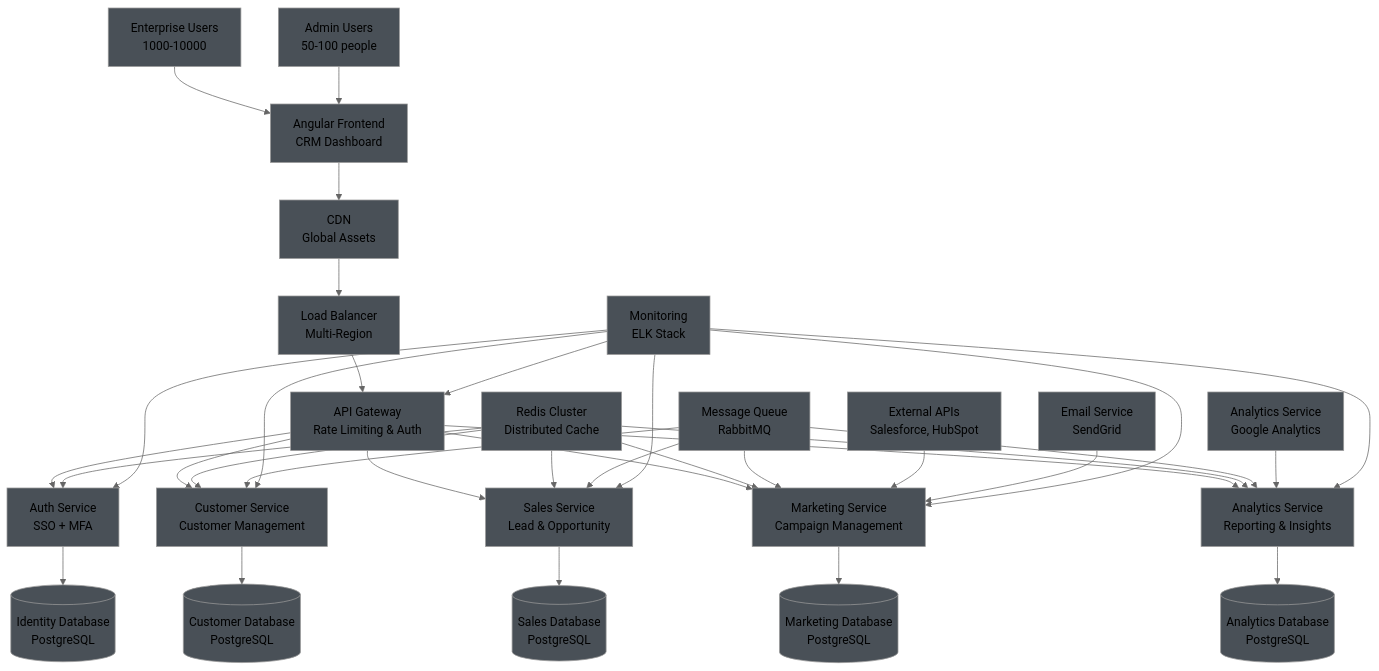
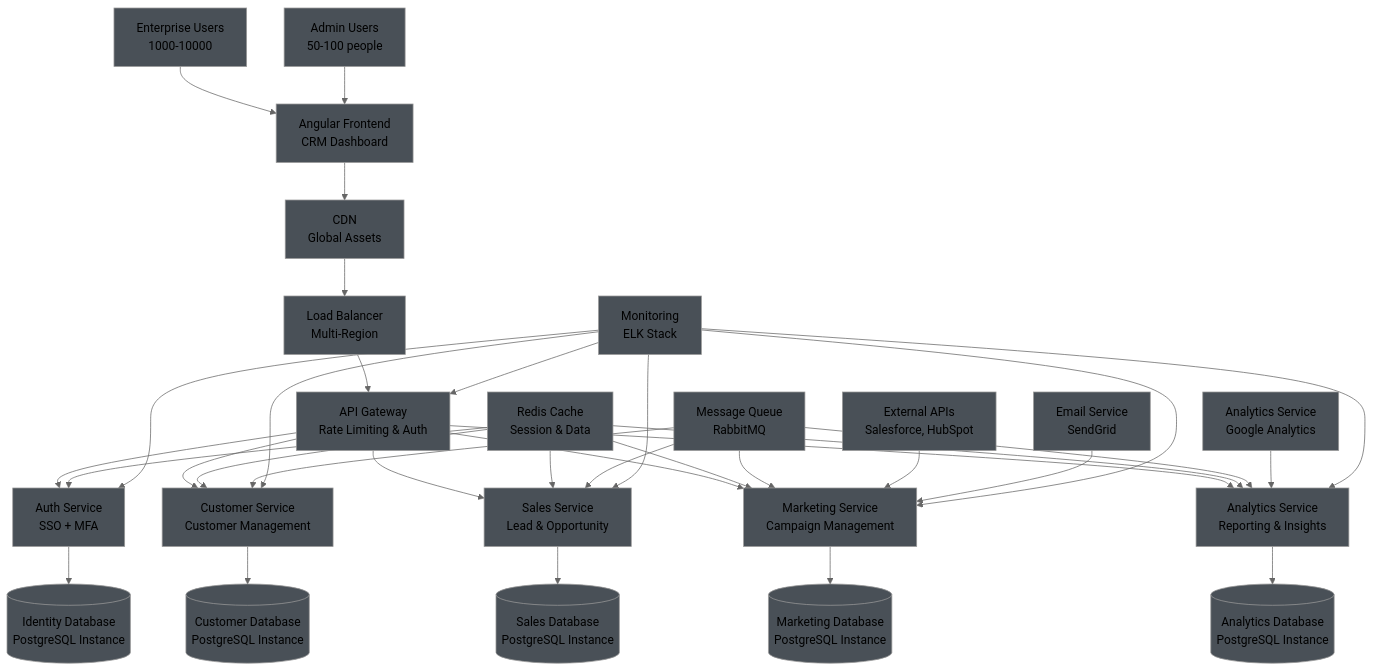
One commit to nayanvithanage/code_20-architecture-practice changed the fourth of 5 diagrams in architecture-by-size-examples.md. Above: the diagram before and after it, drawn with Mermaid (neutral theme). The commit also changed other lines of this file and 3 other files, not shown here.

Commit message:
refactor: update PostgreSQL terminology to enhance clarity across architecture documentation

````diff
--- a/architecture-by-size-examples.md
+++ b/architecture-by-size-examples.md
@@ -136,66 +136,66 @@
 ```mermaid
 graph TD
     A[Angular Frontend<br/>CRM Dashboard] --> B[CDN<br/>Global Assets]
     B --> C[Load Balancer<br/>Multi-Region]
     C --> D[API Gateway<br/>Rate Limiting & Auth]
     
     D --> E[Auth Service<br/>SSO + MFA]
     D --> F[Customer Service<br/>Customer Management]
     D --> G[Sales Service<br/>Lead & Opportunity]
     D --> H[Marketing Service<br/>Campaign Management]
     D --> I[Analytics Service<br/>Reporting & Insights]
     
-    E --> J[(Identity Database<br/>PostgreSQL)]
-    F --> K[(Customer Database<br/>PostgreSQL)]
-    G --> L[(Sales Database<br/>PostgreSQL)]
-    H --> M[(Marketing Database<br/>PostgreSQL)]
-    I --> N[(Analytics Database<br/>PostgreSQL)]
+    E --> J[(Identity Database<br/>PostgreSQL Instance)]
+    F --> K[(Customer Database<br/>PostgreSQL Instance)]
+    G --> L[(Sales Database<br/>PostgreSQL Instance)]
+    H --> M[(Marketing Database<br/>PostgreSQL Instance)]
+    I --> N[(Analytics Database<br/>PostgreSQL Instance)]
     
-    O[Redis Cluster<br/>Distributed Cache] --> E
+    O[Redis Cache<br/>Session & Data] --> E
     O --> F
     O --> G
     O --> H
     O --> I
     
     P[Message Queue<br/>RabbitMQ] --> F
     P --> G
     P --> H
     P --> I
     
     Q[External APIs<br/>Salesforce, HubSpot] --> H
     R[Email Service<br/>SendGrid] --> H
     S[Analytics Service<br/>Google Analytics] --> I
     
     T[Monitoring<br/>ELK Stack] --> D
     T --> E
     T --> F
     T --> G
     T --> H
     T --> I
     
     U[Enterprise Users<br/>1000-10000] --> A
     V[Admin Users<br/>50-100 people] --> A
     
     style A fill:#495057
     style B fill:#495057
     style C fill:#495057
     style D fill:#495057
     style E fill:#495057
     style F fill:#495057
     style G fill:#495057
     style H fill:#495057
     style I fill:#495057
     style J fill:#495057
     style K fill:#495057
     style L fill:#495057
     style M fill:#495057
     style N fill:#495057
     style O fill:#495057
     style P fill:#495057
     style Q fill:#495057
     style R fill:#495057
     style S fill:#495057
     style T fill:#495057
     style U fill:#495057
     style V fill:#495057
 ```
````
